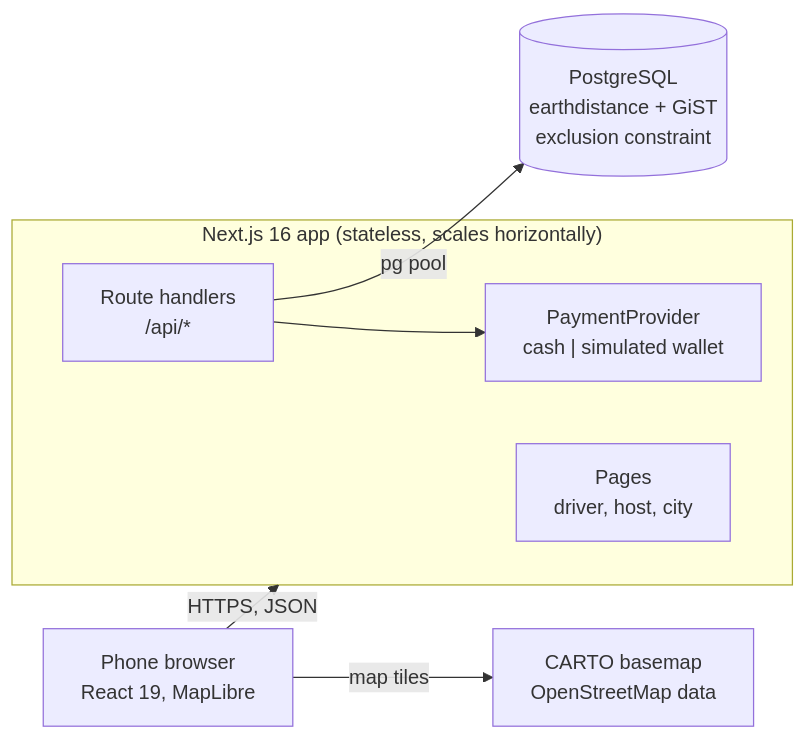
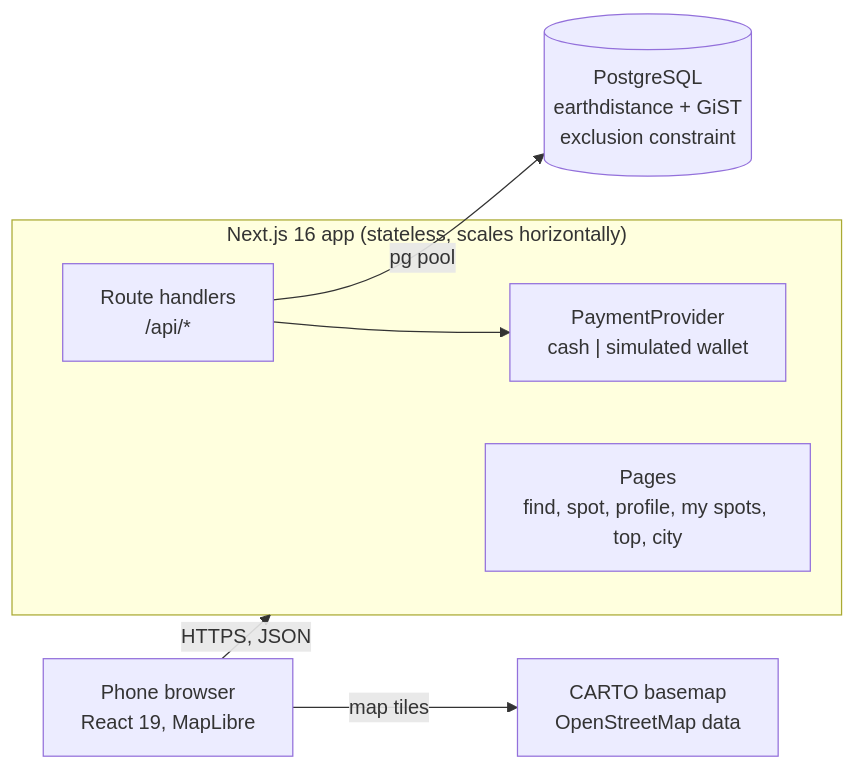
The diagram in README.md (ka7loun/plassa), drawn with Mermaid before and after one commit. The commit also changed other lines of this file and 110 other files, not shown here.

````diff
--- a/README.md
+++ b/README.md
@@ -55,12 +67,12 @@
 ```mermaid
 flowchart LR
   phone["Phone browser<br/>React 19, MapLibre"] -->|HTTPS, JSON| app
   subgraph app["Next.js 16 app (stateless, scales horizontally)"]
-    pages["Pages<br/>driver, host, city"]
+    pages["Pages<br/>find, spot, profile, my spots, top, city"]
     api["Route handlers<br/>/api/*"]
     pay["PaymentProvider<br/>cash | simulated wallet"]
     api --> pay
   end
   api -->|pg pool| db[("PostgreSQL<br/>earthdistance + GiST<br/>exclusion constraint")]
   phone -->|map tiles| tiles["CARTO basemap<br/>OpenStreetMap data"]
 ```
````
